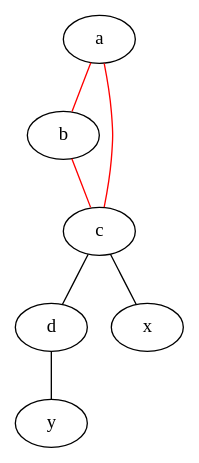
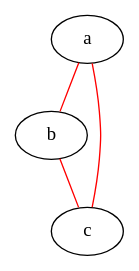
The diagram in img/clique3.dot (Obererpel/Zusammenfassung-Kryptographie), drawn with Graphviz before and after one commit. The commit also changed 9 other files, not shown here.

```diff
--- a/img/clique3.dot
+++ b/img/clique3.dot
@@ -1,9 +1,5 @@
 graph G {
-	y
 	a -- b [color=red]
 	a -- c [color=red]
 	b -- c [color=red]
-	c -- d
-	c -- x 
-	d -- y
 }
```
